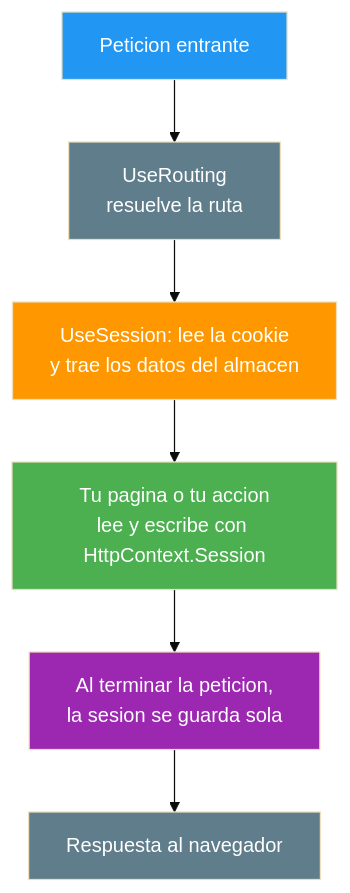
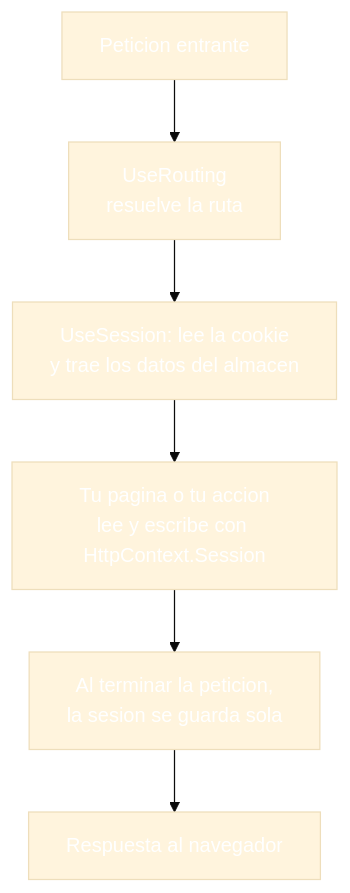
Before and after one commit to joseluisgs/DesarrolloWebEntornosServidor-03-2026-2027: the fifth of 7 diagrams in 18-cookies-sesiones-cliente.md, drawn with Mermaid (base theme). The commit also changed other lines of this file and 30 other files, not shown here.

````diff
--- a/18-cookies-sesiones-cliente.md
+++ b/18-cookies-sesiones-cliente.md
@@ -450,14 +450,14 @@
 ```mermaid
 graph TD
     P["Peticion entrante"] --> R["UseRouting<br/>resuelve la ruta"]
     R --> C["UseSession: lee la cookie<br/>y trae los datos del almacen"]
     C --> T["Tu pagina o tu accion<br/>lee y escribe con HttpContext.Session"]
     T --> G["Al terminar la peticion,<br/>la sesion se guarda sola"]
     G --> S["Respuesta al navegador"]
-    style P fill:#2196F3,color:#fff
-    style R fill:#607D8B,color:#fff
-    style C fill:#FF9800,color:#fff
-    style T fill:#4CAF50,color:#fff
-    style G fill:#9C27B0,color:#fff
-    style S fill:#607D8B,color:#fff
+    style P fill:#2196F,color:#fff3,color:#fff
+    style R fill:#607D8,color:#fffB,color:#fff
+    style C fill:#FF980,color:#fff0,color:#fff
+    style T fill:#4CAF5,color:#fff0,color:#fff
+    style G fill:#9C27B,color:#fff0,color:#fff
+    style S fill:#607D8,color:#fffB,color:#fff
 ```
````
